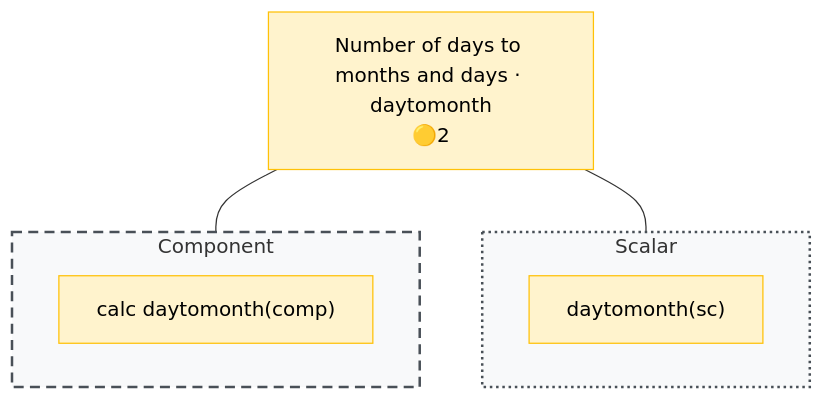
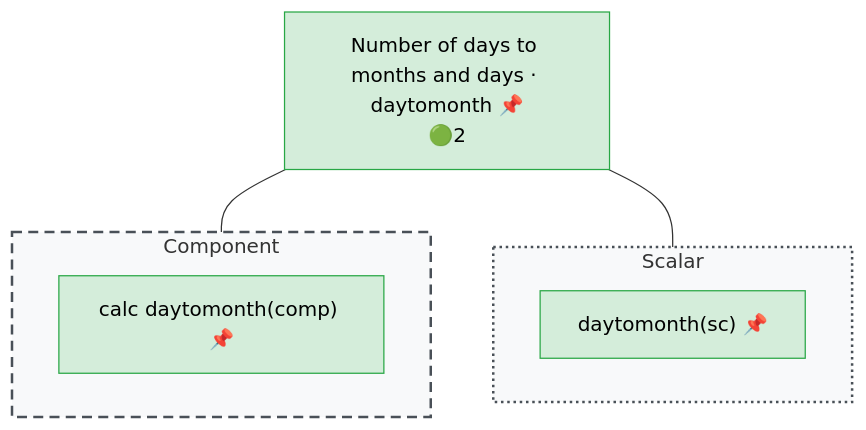
One commit to Meaningful-Data/vtlengine changed the diagram in docs/operator_map/time/daytomonth.rst. Above: the diagram before and after it, drawn with Mermaid. The commit also changed other lines of this file and 156 other files, not shown here.

```diff
--- a/docs/operator_map/time/daytomonth.rst
+++ b/docs/operator_map/time/daytomonth.rst
@@ -21,26 +21,26 @@
 .. mermaid::
    :config: {"flowchart": {"useMaxWidth": false}}
 
    flowchart TB
        classDef ok fill:#d4edda,stroke:#28a745,color:#000
        classDef partial fill:#fff3cd,stroke:#ffc107,color:#000
        classDef refused fill:#d4edda,stroke:#28a745,stroke-width:3px,stroke-dasharray: 2 2,color:#000
        classDef missing fill:#f8d7da,stroke:#dc3545,color:#000
        classDef diverge fill:#cce5ff,stroke:#007bff,color:#000
        classDef block fill:#2b3a4a,stroke:#2b3a4a,color:#fff,font-weight:bold
        classDef ext fill:#fff,stroke:#666,color:#000,stroke-dasharray: 5 5
-       O["Number of days to months and days · daytomonth<br/>🟡2"]:::partial
+       O["Number of days to months and days · daytomonth 📌<br/>🟢2"]:::ok
        subgraph G_comp["Component"]
            direction LR
-           v_comp["calc daytomonth(comp)"]:::partial
+           v_comp["calc daytomonth(comp) 📌"]:::ok
        end
        subgraph G_sc["Scalar"]
            direction LR
-           v_sc["daytomonth(sc)"]:::partial
+           v_sc["daytomonth(sc) 📌"]:::ok
        end
        O --- G_comp
        O --- G_sc
        style G_comp fill:#f8f9fa,stroke:#495057,stroke-width:2px,stroke-dasharray: 8 5
        style G_sc fill:#f8f9fa,stroke:#495057,stroke-width:2px,stroke-dasharray: 2 3
        click v_comp href "#form-comp"
        click v_sc href "#form-sc"
```
